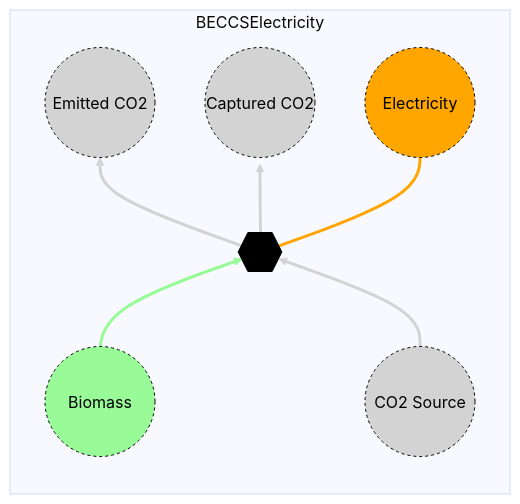
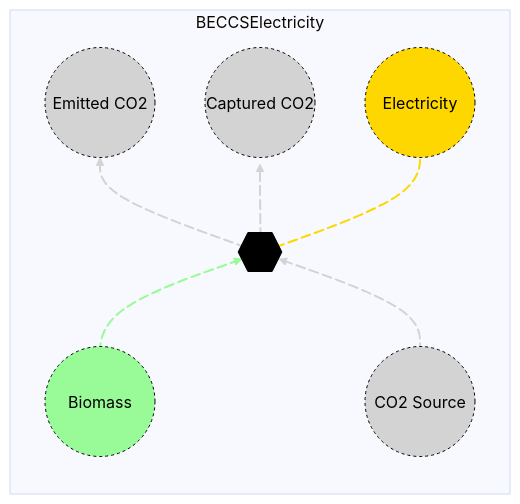
One commit to openmod-tracker/MacroEnergy.jl changed the diagram in docs/src/Manual/assets/beccselectricity.md. Above: the diagram before and after it, drawn with Mermaid. The commit also changed other lines of this file and 10 other files, not shown here.

````diff
--- a/docs/src/Manual/assets/beccselectricity.md
+++ b/docs/src/Manual/assets/beccselectricity.md
@@ -24,22 +24,27 @@
 ```mermaid
 %%{init: {'theme': 'base', 'themeVariables': { 'background': '#D1EBDE' }}}%%
 flowchart LR
   subgraph BECCSElectricity
   direction BT
-    B((Biomass)) --> A{{..}}
-    C((CO2 Source)) --> A
-    A --> D((Emitted CO2))
-    A --> E((Captured CO2))
-    A --> F((Electricity))
+    B((Biomass)) e1@--> A{{..}}
+    C((CO2 Source)) e2@--> A
+    A e3@--> D((Emitted CO2))
+    A e4@--> E((Captured CO2))
+    A e5@--> F((Electricity))
+    e1@{ animate: true }
+    e2@{ animate: true }
+    e3@{ animate: true }
+    e4@{ animate: true }
+    e5@{ animate: true }
  end
     style A fill:black,stroke:black,color:black;
     style B r:55px,fill:palegreen,stroke:black,color:black, stroke-dasharray: 3,5;
     style C r:55px,fill:lightgray,stroke:black,color:black, stroke-dasharray: 3,5;
     style D r:55px,fill:lightgray,stroke:black,color:black, stroke-dasharray: 3,5;
     style E r:55px,fill:lightgray,stroke:black,color:black, stroke-dasharray: 3,5;
-    style F r:55px,fill:orange,stroke:black,color:black, stroke-dasharray: 3,5;
+    style F r:55px,fill:#FFD700,stroke:black,color:black, stroke-dasharray: 3,5;
 
-    linkStyle 0 stroke:palegreen, stroke-width: 3px;
-    linkStyle 1,2,3 stroke:lightgray, stroke-width: 3px;
-    linkStyle 4 stroke:orange, stroke-width: 3px;
+    linkStyle 0 stroke:palegreen, stroke-width: 2px;
+    linkStyle 1,2,3 stroke:lightgray, stroke-width: 2px;
+    linkStyle 4 stroke:#FFD700, stroke-width: 2px;
 ```
````
